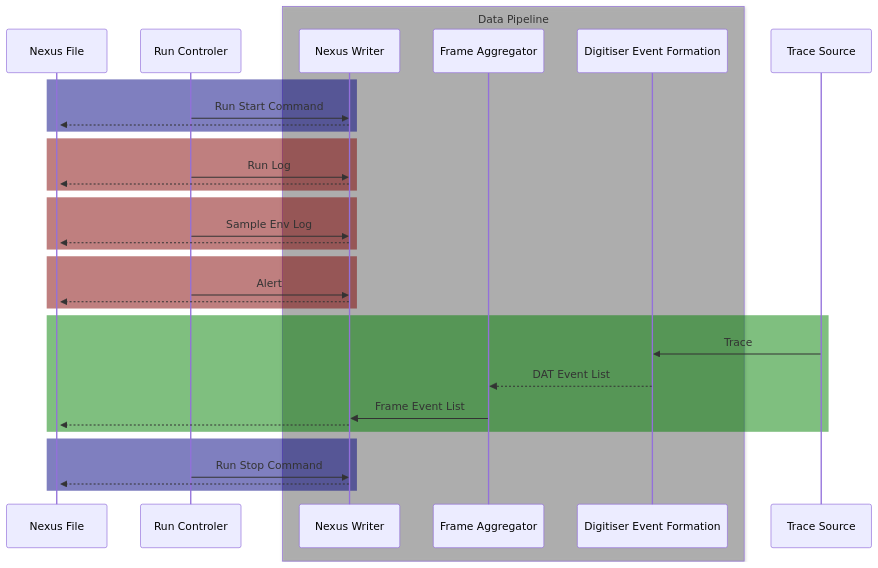
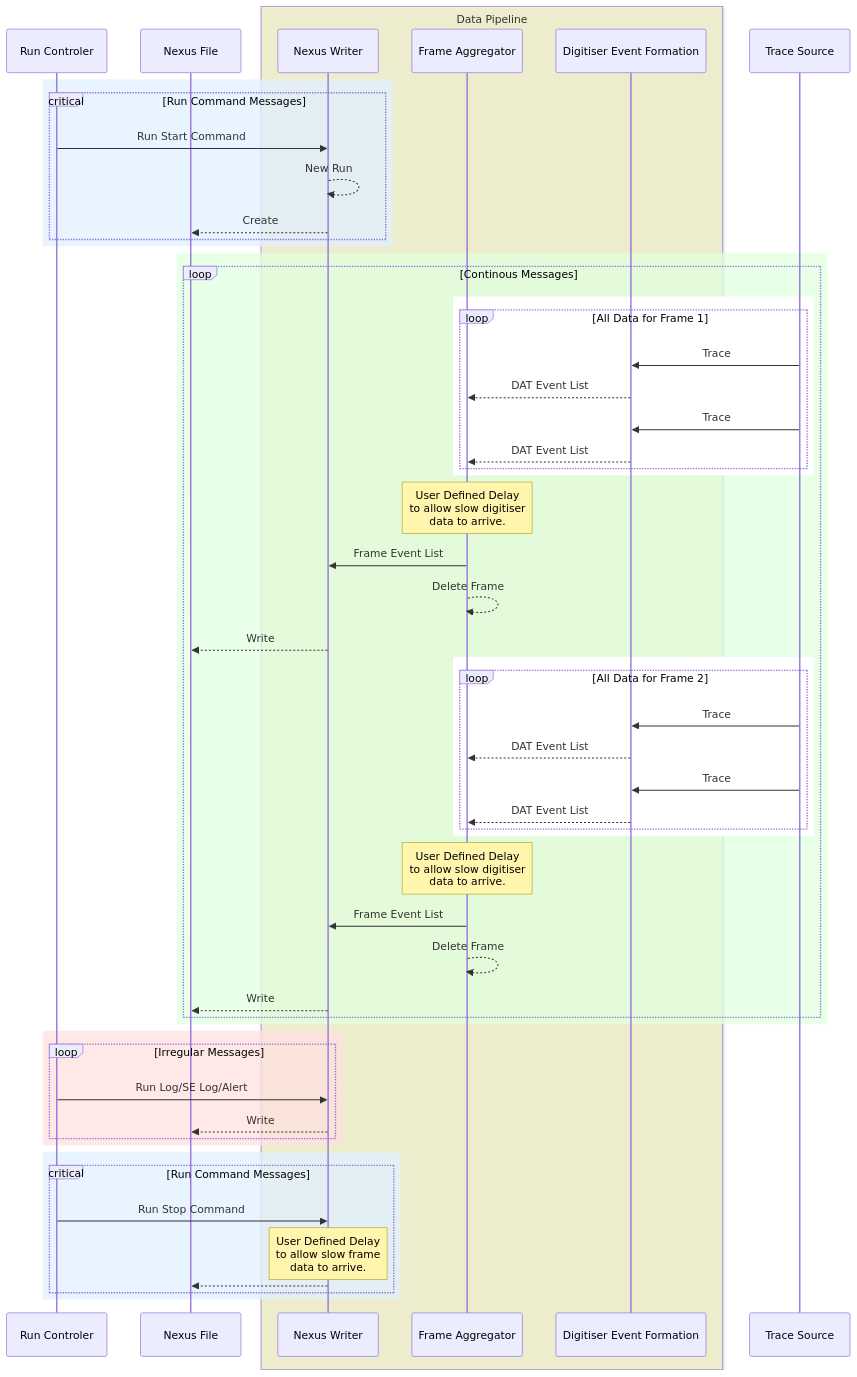
One commit to Modularius/supermusr-data-pipeline changed the diagram in docs/dataflow.md. Above: the diagram before and after it, drawn with Mermaid.

Commit message:
Updated md

````diff
--- a/docs/dataflow.md
+++ b/docs/dataflow.md
@@ -1,39 +1,64 @@
 ```mermaid
 sequenceDiagram
+participant C as Run Controler
 participant X as Nexus File
-participant C as Run Controler
-box rgba(128,128,128,.5) Data Pipeline
+box rgba(256,256,192,.5) Data Pipeline
     participant W as Nexus Writer
     participant A as Frame Aggregator
     participant E as Digitiser Event Formation
 end
 participant T as Trace Source
 
-rect rgba(0,0,128,.5)
-C ->> W: Run Start Command
-activate X
-W -->> X: 
+rect rgba(224,240,255,0.75)
+    critical Run Command Messages
+        C ->> W: Run Start Command
+        W -->> W: New Run
+        W -->> X: Create
+    end
 end
-rect rgba(128,0,0,.5)
-C ->> W: Run Log
-W -->> X: 
+
+rect rgba(224,255,224,.75)
+    loop Continous Messages
+        rect rgba(255,255,255,1)
+            loop All Data for Frame 1
+                T ->> E: Trace
+                E -->> A: DAT Event List
+                T ->> E: Trace
+                E -->> A: DAT Event List
+            end
+        end
+        note over A: User Defined Delay<br/>to allow slow digitiser<br/>data to arrive.
+        A ->> W: Frame Event List
+        A -->> A: Delete Frame
+        W -->> X: Write
+        rect rgba(255,255,255,1)
+            loop All Data for Frame 2
+                T ->> E: Trace
+                E -->> A: DAT Event List
+                T ->> E: Trace
+                E -->> A: DAT Event List
+            end
+        end
+        note over A: User Defined Delay<br/>to allow slow digitiser<br/>data to arrive.
+        A ->> W: Frame Event List
+        A -->> A: Delete Frame
+        W -->> X: Write
+    end
 end
-rect rgba(128,0,0,.5)
-C ->> W: Sample Env Log
-W -->> X: 
+
+rect rgba(256,224,224,.75)
+    loop Irregular Messages
+        C ->> W: Run Log/SE Log/Alert
+        W -->> X: Write
+    end
 end
-rect rgba(128,0,0,.5)
-C ->> W: Alert
-W -->> X: 
+
+rect rgba(224,240,255,0.75)
+    critical Run Command Messages
+    C ->> W: Run Stop Command
+        note over W: User Defined Delay<br/>to allow slow frame<br/>data to arrive.
+    W -->> X: 
+    end
 end
-rect rgba(0,128,0,.5)
-T ->> E: Trace
-E -->> A: DAT Event List
-A ->> W: Frame Event List
-W -->> X: 
-end
-rect rgba(0,0,128,.5)
-C ->> W: Run Stop Command
-W -->> X: 
-end
+
 ```
````
